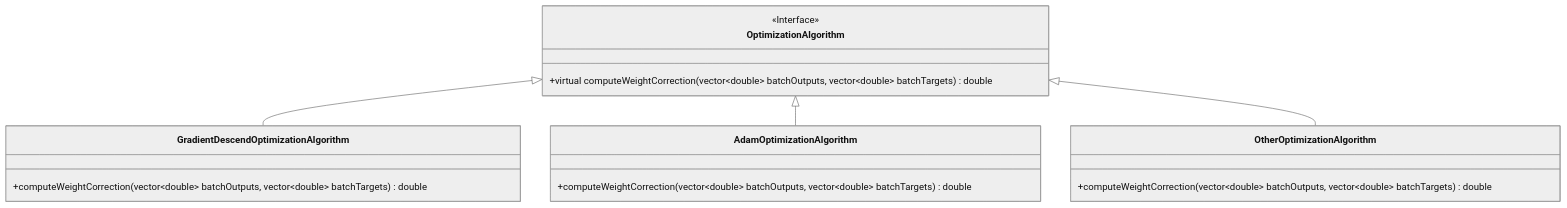
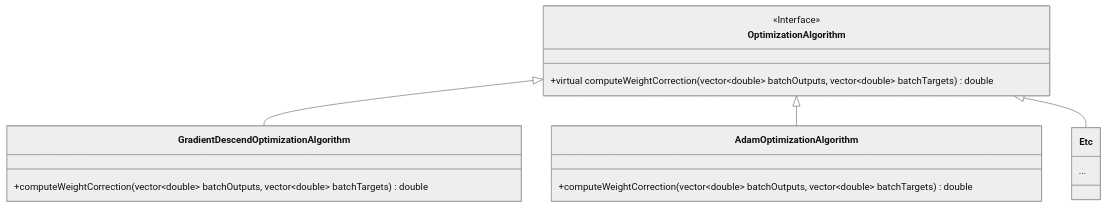
One commit to alejandrofsevilla/neural-network-notes changed the third of 4 diagrams in README.md. Above: the diagram before and after it, drawn with Mermaid (neutral theme). The commit also changed other lines of this file, not shown here.

````diff
--- a/README.md
+++ b/README.md
@@ -317,11 +315,11 @@
 ```mermaid
 classDiagram
 OptimizationAlgorithm <|-- GradientDescendOptimizationAlgorithm
 OptimizationAlgorithm <|-- AdamOptimizationAlgorithm
-OptimizationAlgorithm <|-- OtherOptimizationAlgorithm
+OptimizationAlgorithm <|-- Etc
 <<Interface>> OptimizationAlgorithm
 OptimizationAlgorithm : +virtual computeWeightCorrection(vector~double~ batchOutputs, vector~double~ batchTargets) double
 GradientDescendOptimizationAlgorithm : +computeWeightCorrection(vector~double~ batchOutputs, vector~double~ batchTargets) double
 AdamOptimizationAlgorithm : +computeWeightCorrection(vector~double~ batchOutputs, vector~double~ batchTargets) double
-OtherOptimizationAlgorithm : +computeWeightCorrection(vector~double~ batchOutputs, vector~double~ batchTargets) double
+Etc : ...
 ```
````
